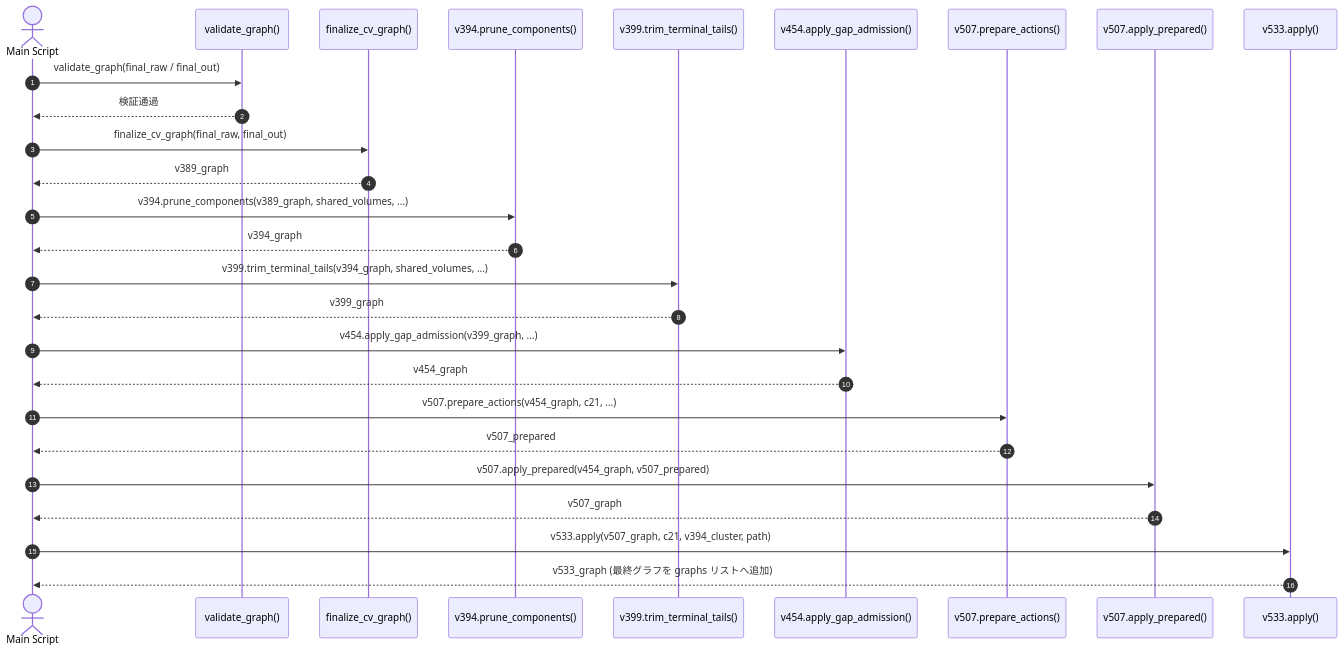
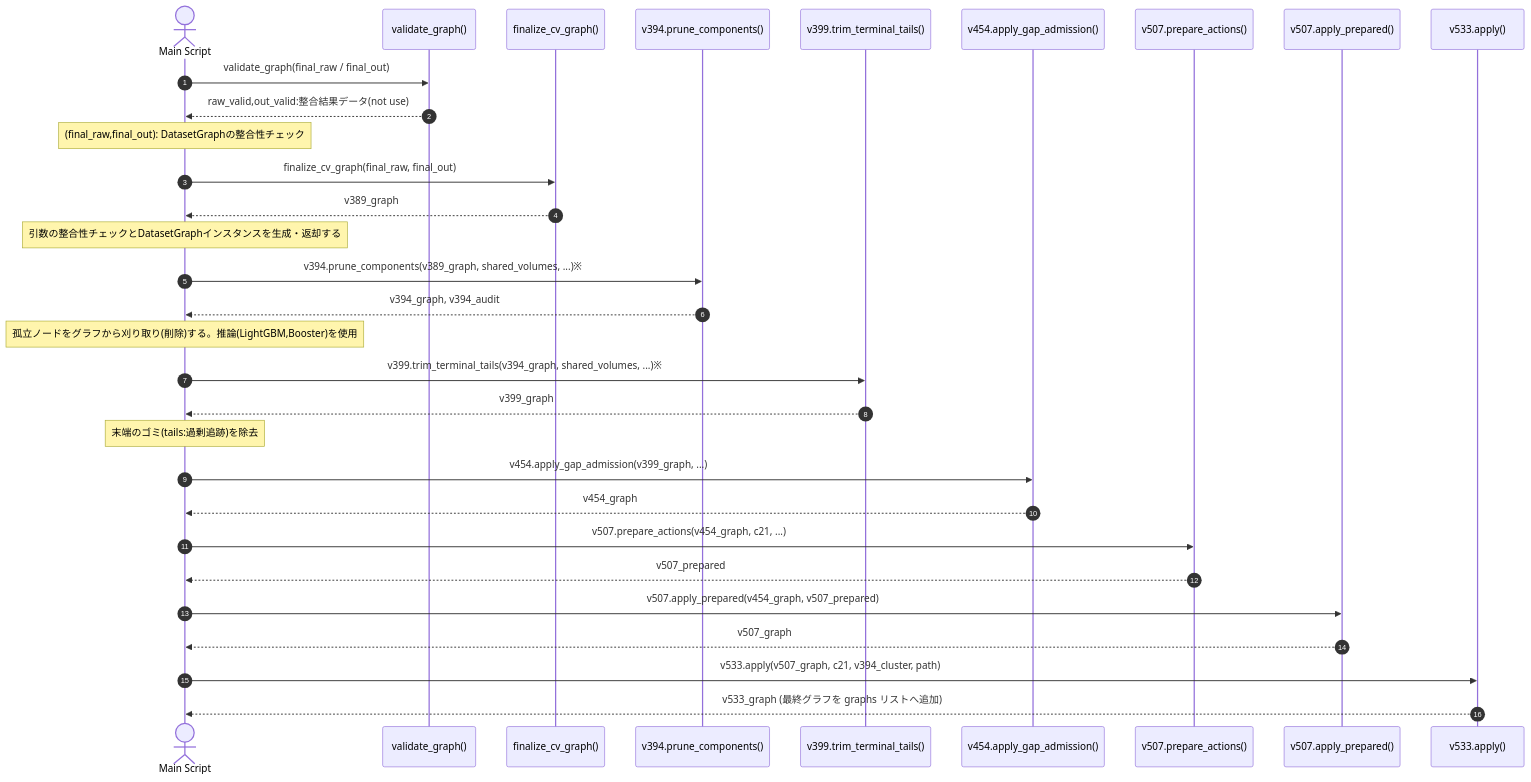
One commit to kito2718/kaggle_Biohub-Cell_Tracking_During_Development changed diagram 15 of 16 in episode/Summary&Conclusion/2nd-place-notebook.md. Above: the diagram before and after it, drawn with Mermaid. The commit also changed other lines of this file, not shown here.

````diff
--- a/episode/Summary&Conclusion/2nd-place-notebook.md
+++ b/episode/Summary&Conclusion/2nd-place-notebook.md
@@ -1405,36 +1405,40 @@
 ```mermaid
 sequenceDiagram
     autonumber
     actor Script as Main Script
     participant ValidGraph as validate_graph()
     participant FinalizeCV as finalize_cv_graph()
     participant PruneComp as v394.prune_components()
     participant TrimTails as v399.trim_terminal_tails()
     participant GapAdmit as v454.apply_gap_admission()
     participant Prep507 as v507.prepare_actions()
     participant Apply507 as v507.apply_prepared()
     participant Apply533 as v533.apply()
 
     Script->>ValidGraph: validate_graph(final_raw / final_out)
-    ValidGraph-->>Script: 検証通過
+    ValidGraph-->>Script: raw_valid,out_valid:整合結果データ(not use)
+    Note over Script: (final_raw,final_out): DatasetGraphの整合性チェック
 
     Script->>FinalizeCV: finalize_cv_graph(final_raw, final_out)
     FinalizeCV-->>Script: v389_graph
+    Note over Script: 引数の整合性チェックとDatasetGraphインスタンスを生成・返却する
 
-    Script->>PruneComp: v394.prune_components(v389_graph, shared_volumes, ...)
-    PruneComp-->>Script: v394_graph
+    Script->>PruneComp: v394.prune_components(v389_graph, shared_volumes, ...)※
+    PruneComp-->>Script: v394_graph, v394_audit
+    Note over Script: 孤立ノードをグラフから刈り取り(削除)する。推論(LightGBM,Booster)を使用
 
-    Script->>TrimTails: v399.trim_terminal_tails(v394_graph, shared_volumes, ...)
+    Script->>TrimTails: v399.trim_terminal_tails(v394_graph, shared_volumes, ...)※
     TrimTails-->>Script: v399_graph
+    Note over Script: 末端のゴミ(tails:過剰追跡)を除去
 
     Script->>GapAdmit: v454.apply_gap_admission(v399_graph, ...)
     GapAdmit-->>Script: v454_graph
 
     Script->>Prep507: v507.prepare_actions(v454_graph, c21, ...)
     Prep507-->>Script: v507_prepared
     Script->>Apply507: v507.apply_prepared(v454_graph, v507_prepared)
     Apply507-->>Script: v507_graph
 
     Script->>Apply533: v533.apply(v507_graph, c21, v394_cluster, path)
     Apply533-->>Script: v533_graph (最終グラフを graphs リストへ追加)
 ```
````
